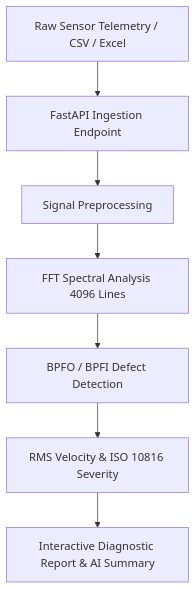
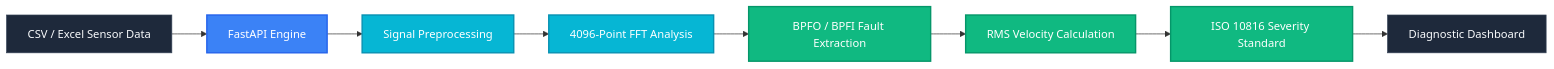
The third of 6 diagrams in README.md (Basharameez/my-portfolio), drawn with Mermaid before and after one commit. The commit also changed other lines of this file, not shown here.

````diff
--- a/README.md
+++ b/README.md
@@ -144,9 +191,15 @@
 ```mermaid
-flowchart TD
-    A[Raw Sensor Telemetry / CSV / Excel] --> B[FastAPI Ingestion Endpoint]
-    B --> C[Signal Preprocessing]
-    C --> D[FFT Spectral Analysis 4096 Lines]
-    D --> E[BPFO / BPFI Defect Detection]
-    E --> F[RMS Velocity & ISO 10816 Severity]
-    F --> G[Interactive Diagnostic Report & AI Summary]
+flowchart LR
+    classDef cyan fill:#06B6D4,stroke:#0891B2,color:#FFFFFF,stroke-width:2px;
+    classDef emerald fill:#10B981,stroke:#059669,color:#FFFFFF,stroke-width:2px;
+    classDef blue fill:#3B82F6,stroke:#2563EB,color:#FFFFFF,stroke-width:2px;
+    classDef dark fill:#1E293B,stroke:#334155,color:#F8FAFC,stroke-width:1px;
+
+    A[CSV / Excel Sensor Data]:::dark --> B[FastAPI Engine]:::blue
+    B --> C[Signal Preprocessing]:::cyan
+    C --> D[4096-Point FFT Analysis]:::cyan
+    D --> E[BPFO / BPFI Fault Extraction]:::emerald
+    E --> F[RMS Velocity Calculation]:::emerald
+    F --> G[ISO 10816 Severity Standard]:::emerald
+    G --> H[Diagnostic Dashboard]:::dark
 ```
````
